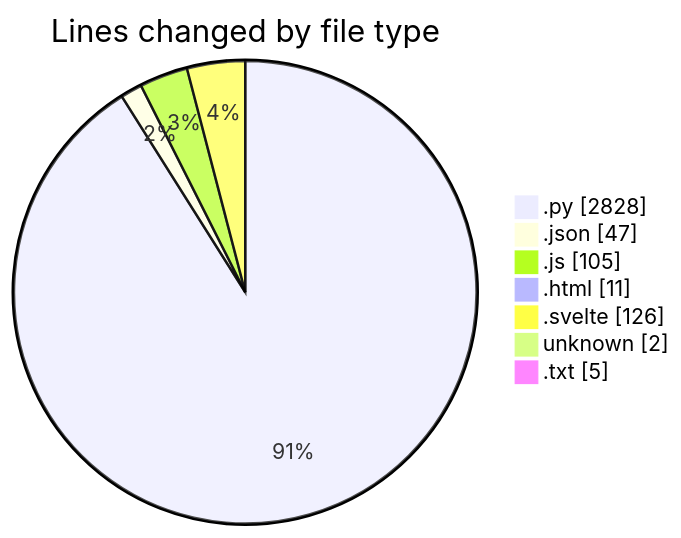
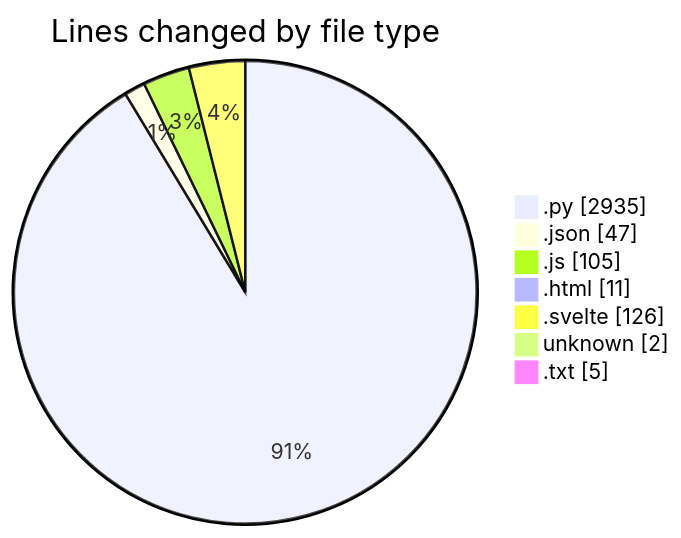
One commit to lephambinh05/code-tracking changed the first of 2 diagrams in 2025-07-10/toolsopenemalpass/README.md. Above: the diagram before and after it, drawn with Mermaid. The commit also changed other lines of this file and 1 other file, not shown here.

````diff
--- a/2025-07-10/toolsopenemalpass/README.md
+++ b/2025-07-10/toolsopenemalpass/README.md
@@ -62,11 +62,11 @@
 ```mermaid
 pie showData
 title Lines changed by file type
-".py" : 2828
+".py" : 2935
 ".json" : 47
 ".js" : 105
 ".html" : 11
 ".svelte" : 126
 "unknown" : 2
 ".txt" : 5
 ```
````
